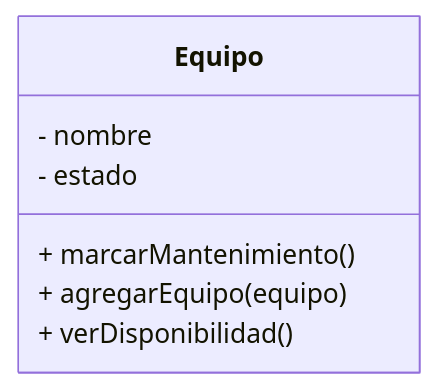
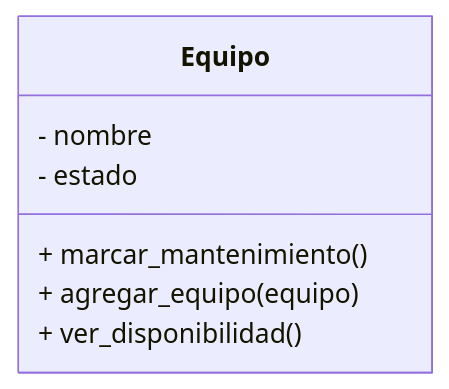
Before and after one commit to toonchavez8/Unir-Notes: the fourth of 16 diagrams in Maestría-Ingeniería-de-Software/02-Metologias-Desarollo-y-Calidad/Actividades/Actividad_01_Miguel_DeJesus_Chavez_Barragan.md, drawn with Mermaid. The commit also changed other lines of this file and 3 other files, not shown here.

````diff
--- a/Maestría-Ingeniería-de-Software/02-Metologias-Desarollo-y-Calidad/Actividades/Actividad_01_Miguel_DeJesus_Chavez_Barragan.md
+++ b/Maestría-Ingeniería-de-Software/02-Metologias-Desarollo-y-Calidad/Actividades/Actividad_01_Miguel_DeJesus_Chavez_Barragan.md
@@ -242,10 +236,10 @@
 ```mermaid
 classDiagram
  class Equipo {
     - nombre
     - estado
-    + marcarMantenimiento()
-    + agregarEquipo(equipo)
-    + verDisponibilidad()
+    + marcar_mantenimiento()
+    + agregar_equipo(equipo)
+    + ver_disponibilidad()
  }
 ```
````
